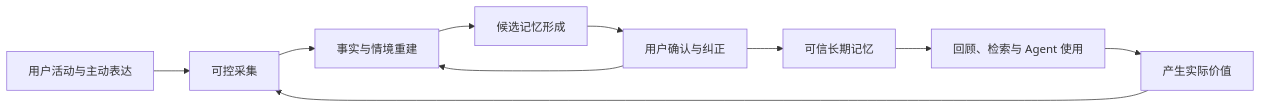
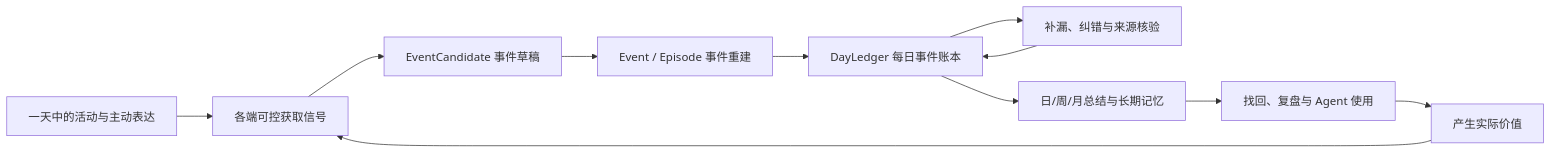
Before and after one commit to hy459229090-lang/Ameme: the diagram in docs/02-product-system-framework.md, drawn with Mermaid. The commit also changed other lines of this file and 111 other files, not shown here.

````diff
--- a/docs/02-product-system-framework.md
+++ b/docs/02-product-system-framework.md
@@ -23,12 +25,13 @@
 ```mermaid
 flowchart LR
-    A["用户活动与主动表达"] --> B["可控采集"]
-    B --> C["事实与情境重建"]
-    C --> D["候选记忆形成"]
-    D --> E["用户确认与纠正"]
-    E --> F["可信长期记忆"]
-    F --> G["回顾、检索与 Agent 使用"]
-    G --> H["产生实际价值"]
-    H --> B
-    E --> C
+    A["一天中的活动与主动表达"] --> B["各端可控获取信号"]
+    B --> C["EventCandidate 事件草稿"]
+    C --> D["Event / Episode 事件重建"]
+    D --> E["DayLedger 每日事件账本"]
+    E --> F["补漏、纠错与来源核验"]
+    F --> E
+    E --> G["日/周/月总结与长期记忆"]
+    G --> H["找回、复盘与 Agent 使用"]
+    H --> I["产生实际价值"]
+    I --> B
 ```
````
